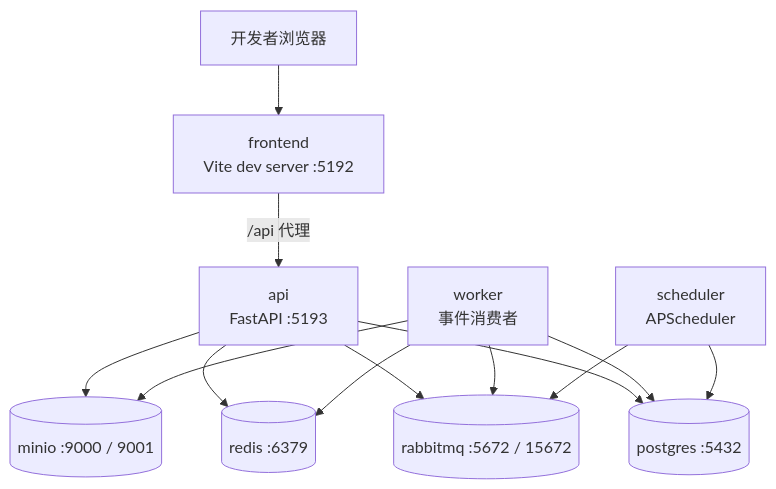
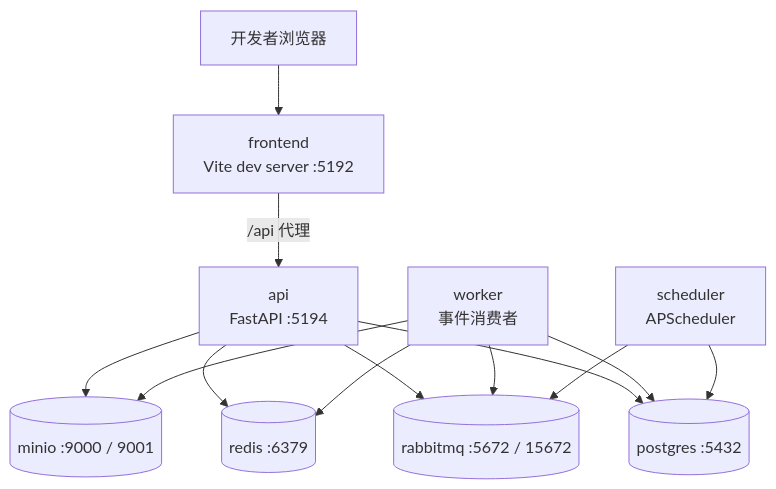
One commit to muxbear/NeighInn changed the second of 9 diagrams in web/docs/邻里小栈后台管理系统详细设计说明书.md. Above: the diagram before and after it, drawn with Mermaid. The commit also changed 135 other files, not shown here.

````diff
--- a/web/docs/邻里小栈后台管理系统详细设计说明书.md
+++ b/web/docs/邻里小栈后台管理系统详细设计说明书.md
@@ -350,11 +350,11 @@
 ```mermaid
 flowchart TB
     DEV["开发者浏览器"] --> FE["frontend<br/>Vite dev server :5192"]
-    FE -->|/api 代理| API["api<br/>FastAPI :5193"]
+    FE -->|/api 代理| API["api<br/>FastAPI :5194"]
     API --> PG[("postgres :5432")]
     API --> RD[("redis :6379")]
     API --> MQ[("rabbitmq :5672 / 15672")]
     API --> MINIO[("minio :9000 / 9001")]
     WORKER["worker<br/>事件消费者"] --> PG & RD & MQ & MINIO
     SCHED["scheduler<br/>APScheduler"] --> MQ & PG
 ```
````
